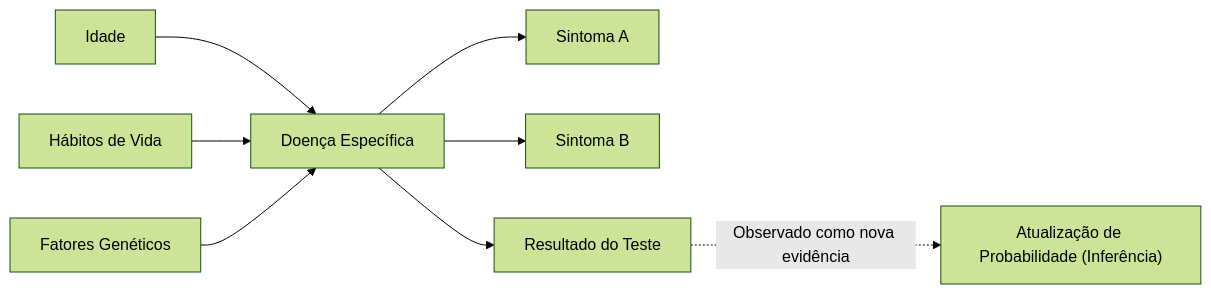
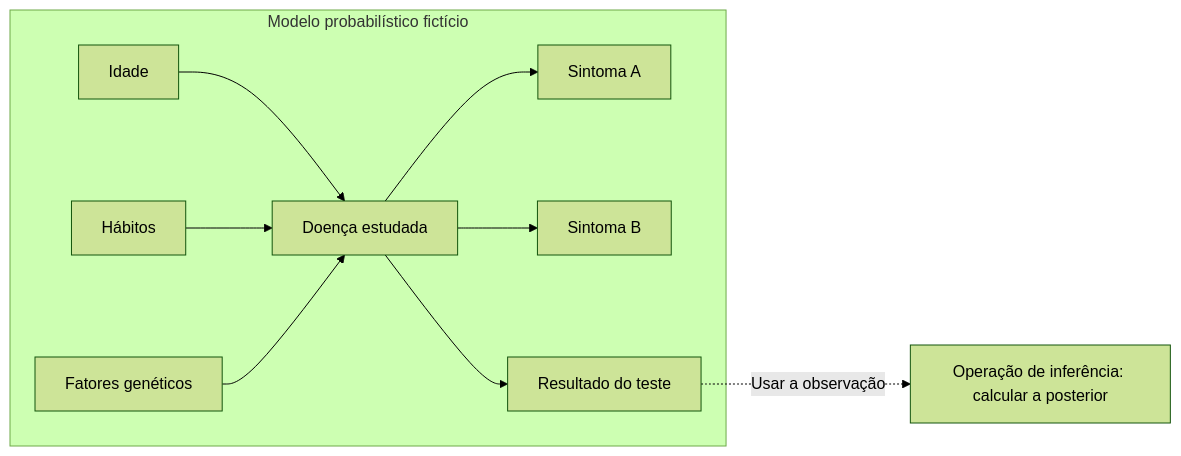
The second of 2 diagrams in content/post/bayes-theorem/index.pt.md (kenjinote/blog), drawn with Mermaid (forest theme) before and after one commit. The commit also changed other lines of this file and 8 other files, not shown here.

````diff
--- a/content/post/bayes-theorem/index.pt.md
+++ b/content/post/bayes-theorem/index.pt.md
@@ -116,12 +161,12 @@
 ```mermaid
 flowchart LR
-    Age["Idade"] --> Disease["Doença Específica"]
-    Lifestyle["Hábitos de Vida"] --> Disease
-    Genes["Fatores Genéticos"] --> Disease
-    
-    Disease --> SymptomA["Sintoma A"]
-    Disease --> SymptomB["Sintoma B"]
-    Disease --> TestResult["Resultado do Teste"]
-    
-    TestResult -.->|"Observado como nova evidência"| Update["Atualização de Probabilidade (Inferência)"]
+    subgraph Model["Modelo probabilístico fictício"]
+        Age["Idade"] --> Disease["Doença estudada"]
+        Lifestyle["Hábitos"] --> Disease
+        Genes["Fatores genéticos"] --> Disease
+        Disease --> SymptomA["Sintoma A"]
+        Disease --> SymptomB["Sintoma B"]
+        Disease --> TestResult["Resultado do teste"]
+    end
+    TestResult -.->|"Usar a observação"| Inference["Operação de inferência: calcular a posterior"]
 ```
````
